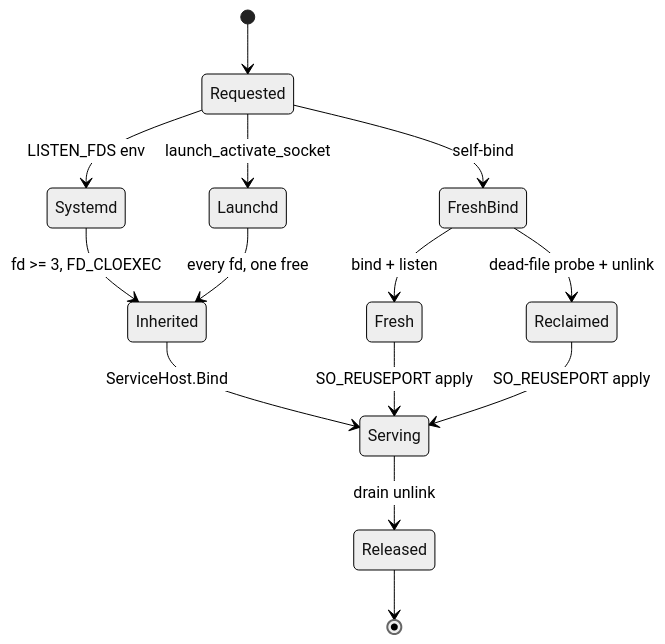
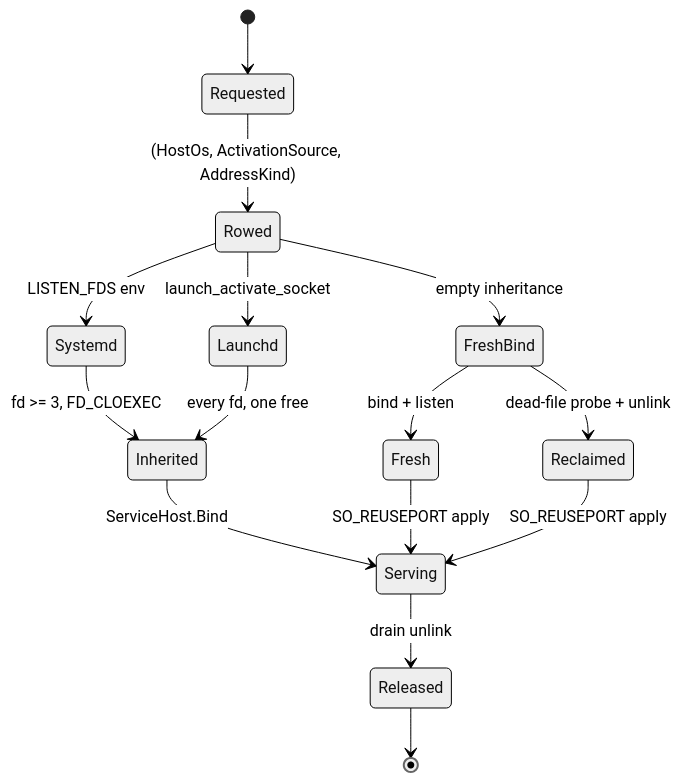
Before and after one commit to bsamiee/Rasm: the second of 2 diagrams in libs/csharp/Rasm.AppHost/.planning/Wire/companion.md, drawn with Mermaid (neutral theme). The commit also changed other lines of this file and 818 other files, not shown here.

````diff
--- a/libs/csharp/Rasm.AppHost/.planning/Wire/companion.md
+++ b/libs/csharp/Rasm.AppHost/.planning/Wire/companion.md
@@ -855,18 +1064,19 @@
 ```mermaid
 stateDiagram-v2
     accTitle: Companion socket acquisition arms
-    accDescr: A requested listener resolving through systemd inheritance, launchd activation, or a fresh self-bind that reclaims a stale file under mutex, every arm converging on serve and releasing through drain unlink.
+    accDescr: A requested listener resolving its policy row by OS, source, and address kind, then running the source's own inheritance arm through systemd, launchd, or a fresh self-bind that reclaims a stale file under mutex, every arm converging on serve and releasing through drain unlink.
     [*] --> Requested
-    Requested --> Systemd: LISTEN_FDS env
-    Requested --> Launchd: launch_activate_socket
-    Requested --> FreshBind: self-bind
+    Requested --> Rowed: (HostOs, ActivationSource, AddressKind)
+    Rowed --> Systemd: LISTEN_FDS env
+    Rowed --> Launchd: launch_activate_socket
+    Rowed --> FreshBind: empty inheritance
     Systemd --> Inherited: fd >= 3, FD_CLOEXEC
     Launchd --> Inherited: every fd, one free
     FreshBind --> Fresh: bind + listen
     FreshBind --> Reclaimed: dead-file probe + unlink
     Inherited --> Serving: ServiceHost.Bind
     Fresh --> Serving: SO_REUSEPORT apply
     Reclaimed --> Serving: SO_REUSEPORT apply
     Serving --> Released: drain unlink
     Released --> [*]
 ```
````
